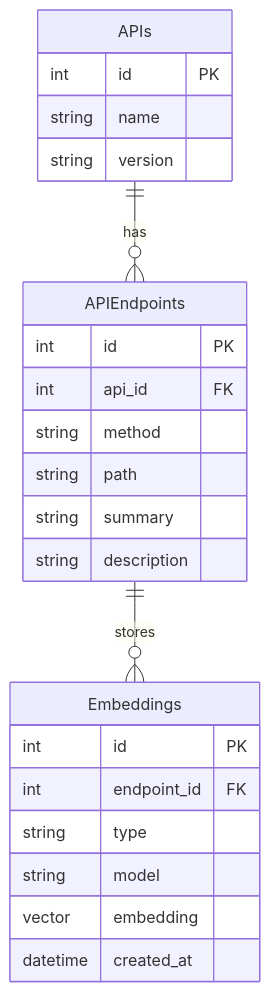
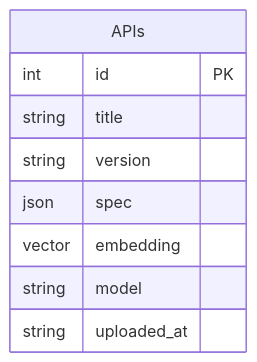
Before and after one commit to Emmerson-Miranda/api-assistant: the second of 2 diagrams in README.md, drawn with Mermaid. The commit also changed other lines of this file, not shown here.

Commit message:
updating erd

````diff
--- a/README.md
+++ b/README.md
@@ -131,30 +131,13 @@
 ```mermaid
 erDiagram
-    APIs ||--o{ APIEndpoints : has
-    APIEndpoints ||--o{ Embeddings : stores
 
     APIs {
         int id PK
-        string name
+        string title
         string version
+        json spec
+        vector embedding
+        string model
+        string uploaded_at
     }
-
-    APIEndpoints {
-        int id PK
-        int api_id FK
-        string method
-        string path
-        string summary
-        string description
-    }
-
-    Embeddings {
-        int id PK
-        int endpoint_id FK
-        string type 
-        string model 
-        vector embedding
-        datetime created_at
-    }
-
 ```
````
